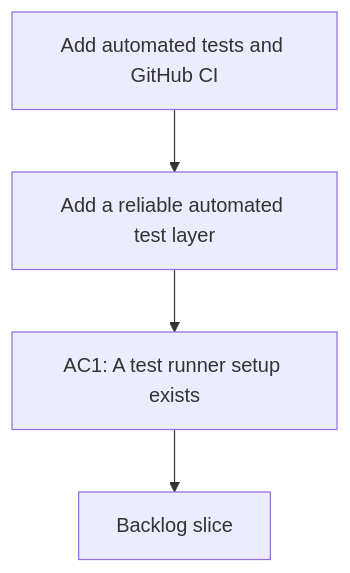
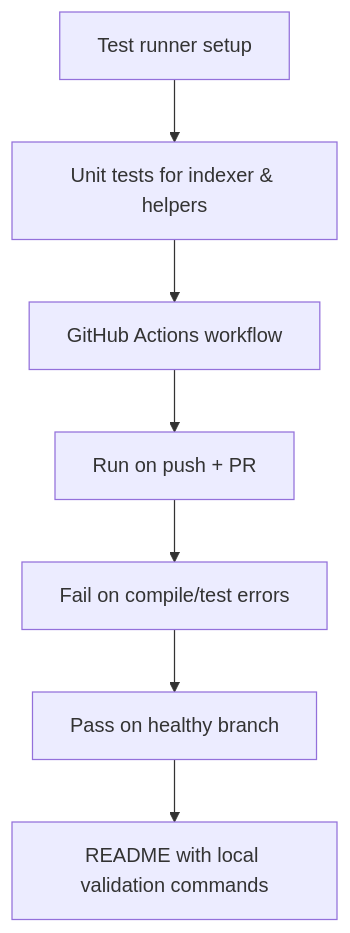
The diagram in logics/request/req_009_add_automated_tests_and_github_ci_workflow_script.md (AlexAgo83/logics-manager), drawn with Mermaid before and after one commit. The commit also changed 19 other files, not shown here.

````diff
--- a/logics/request/req_009_add_automated_tests_and_github_ci_workflow_script.md
+++ b/logics/request/req_009_add_automated_tests_and_github_ci_workflow_script.md
@@ -10,8 +10,11 @@
 ```mermaid
 %% logics-kind: request
 %% logics-signature: request|add-automated-tests-and-github-ci-workfl|add-a-reliable-automated-test-layer|ac1-a-test-runner-setup-exists
 flowchart TD
-    Trigger[Add automated tests and GitHub CI] --> Need[Add a reliable automated test layer]
-    Need --> Outcome[AC1: A test runner setup exists]
-    Outcome --> Backlog[Backlog slice]
+  A[Test runner setup] --> B[Unit tests for indexer & helpers]
+  B --> C[GitHub Actions workflow]
+  C --> D[Run on push + PR]
+  D --> E[Fail on compile/test errors]
+  E --> F[Pass on healthy branch]
+  F --> G[README with local validation commands]
 ```
````
